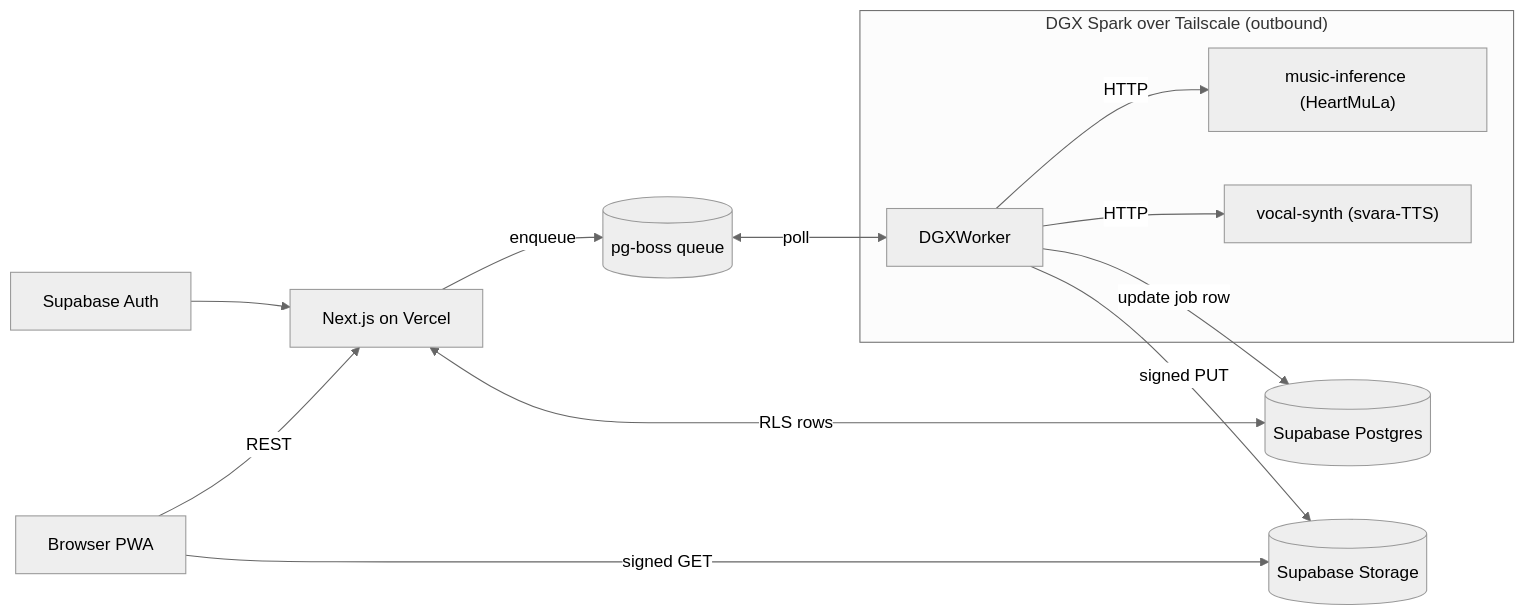
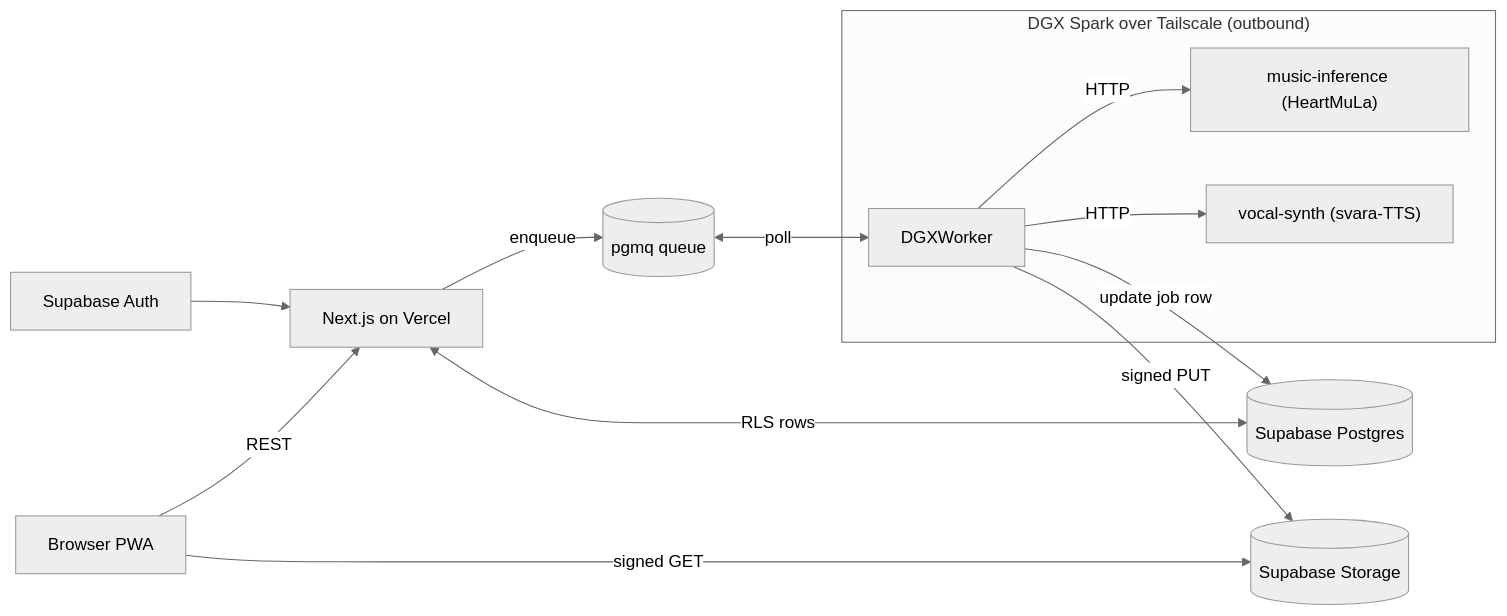
Before and after one commit to SharathSPhD/neo-fm: the diagram in neo-fm_music_platform_06aedd70.plan.md, drawn with Mermaid (neutral theme). The commit also changed other lines of this file and 26 other files, not shown here.

````diff
--- a/neo-fm_music_platform_06aedd70.plan.md
+++ b/neo-fm_music_platform_06aedd70.plan.md
@@ -65,18 +65,18 @@
 ```mermaid
 flowchart LR
     User[Browser PWA] -->|REST| WebAPI[Next.js on Vercel]
     WebAPI <-->|RLS rows| SupaDB[("Supabase Postgres")]
-    WebAPI -->|enqueue| Queue[("pg-boss queue")]
+    WebAPI -->|enqueue| Queue[("pgmq queue")]
     SupaAuth[Supabase Auth] --> WebAPI
     Queue <-->|poll| DGXWorker
     DGXWorker -->|HTTP| MusicInf["music-inference (HeartMuLa)"]
     DGXWorker -->|HTTP| VocalSynth["vocal-synth (svara-TTS)"]
     DGXWorker -->|signed PUT| SupaStore[("Supabase Storage")]
     DGXWorker -->|update job row| SupaDB
     User -->|signed GET| SupaStore
     subgraph DGX["DGX Spark over Tailscale (outbound)"]
         DGXWorker
         MusicInf
         VocalSynth
     end
 ```
````
